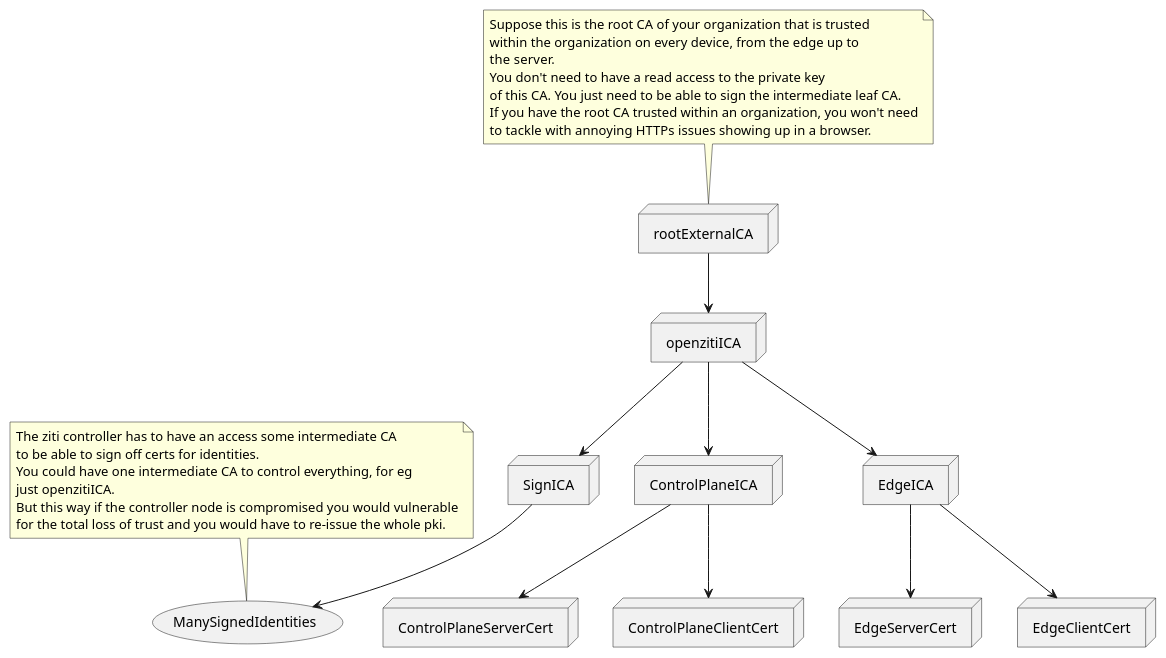
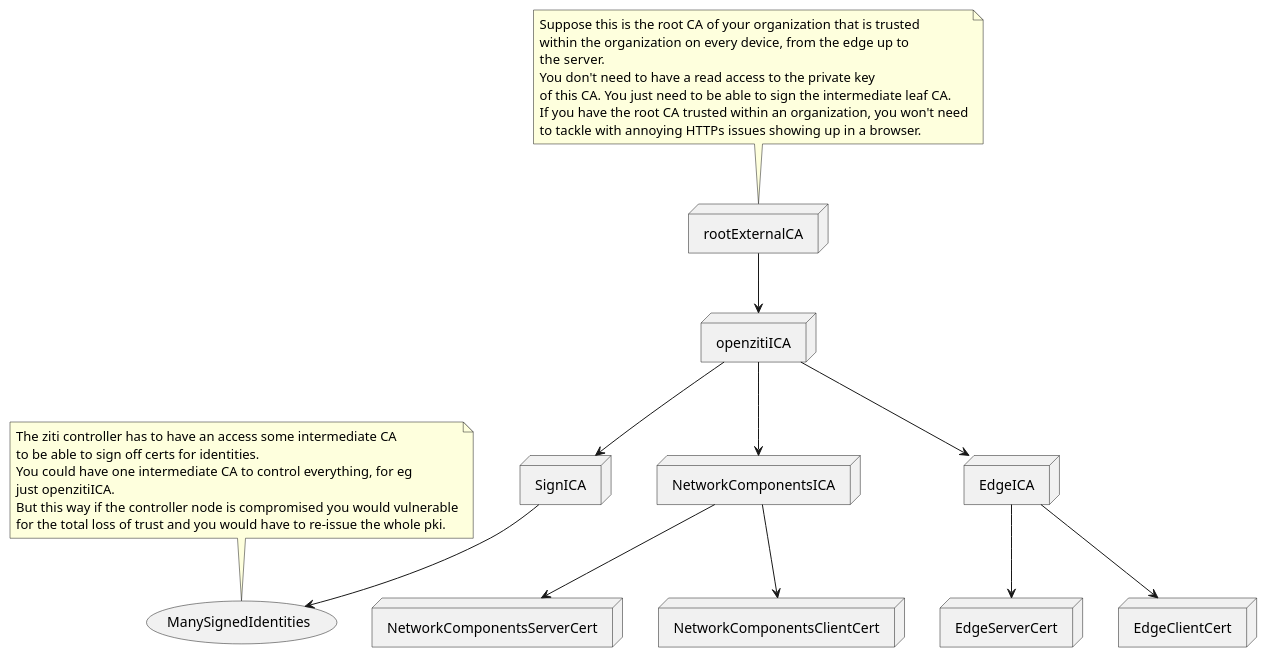
The diagram in pki_topology.puml (nenkoru/openziti_manual_pki), drawn with PlantUML before and after one commit. The commit also changed other lines of this file and 8 other files, not shown here.

```diff
--- a/pki_topology.puml
+++ b/pki_topology.puml
@@ -1,51 +1,51 @@
 @startuml
 node rootExternalCA
 
 
 note top of rootExternalCA
 Suppose this is the root CA of your organization that is trusted
 within the organization on every device, from the edge up to 
 the server.
 You don't need to have a read access to the private key
 of this CA. You just need to be able to sign the intermediate leaf CA.
 If you have the root CA trusted within an organization, you won't need
 to tackle with annoying HTTPs issues showing up in a browser.
 end note
 
 node openzitiICA
 
-node ControlPlaneICA
+node NetworkComponentsICA
 node EdgeICA
 node SignICA
 
-node ControlPlaneServerCert
-node ControlPlaneClientCert
+node NetworkComponentsServerCert
+node NetworkComponentsClientCert
 
 node EdgeServerCert
 node EdgeClientCert
 
 node (ManySignedIdentities)
 
 note top of ManySignedIdentities
 The ziti controller has to have an access some intermediate CA
 to be able to sign off certs for identities.
 You could have one intermediate CA to control everything, for eg
 just openzitiICA.
 But this way if the controller node is compromised you would vulnerable
 for the total loss of trust and you would have to re-issue the whole pki.
 end note
 
 rootExternalCA --> openzitiICA
 
-openzitiICA --> ControlPlaneICA
+openzitiICA --> NetworkComponentsICA
 openzitiICA --> SignICA
 openzitiICA --> EdgeICA
 
-ControlPlaneICA --> ControlPlaneServerCert
-ControlPlaneICA --> ControlPlaneClientCert
+NetworkComponentsICA --> NetworkComponentsServerCert
+NetworkComponentsICA --> NetworkComponentsClientCert
 
 EdgeICA --> EdgeServerCert
 EdgeICA --> EdgeClientCert
 
 SignICA --> ManySignedIdentities
 @enduml
```
